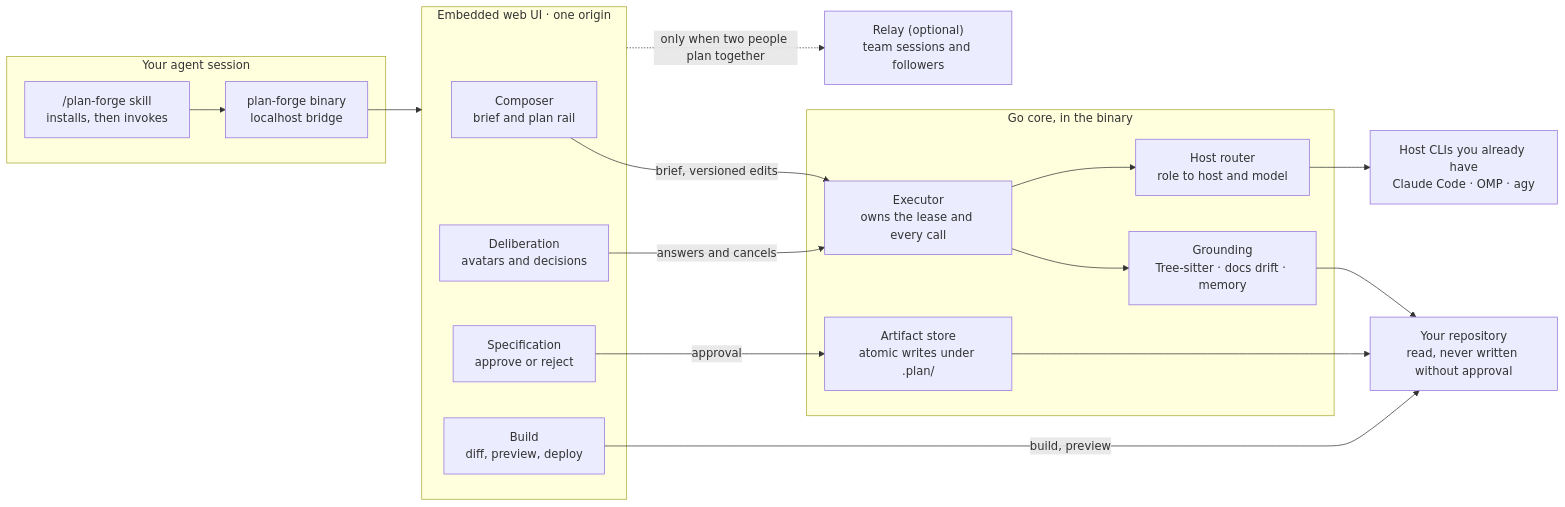
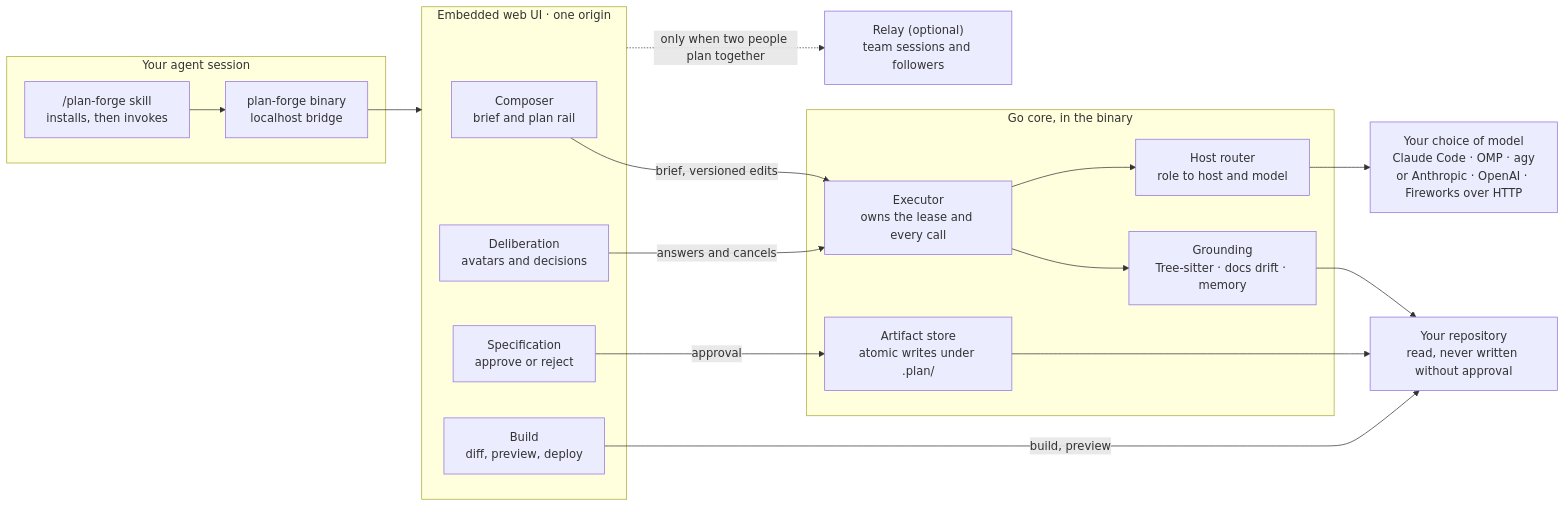
The first of 2 diagrams in README.md (danielckv/agentic-plan-forge), drawn with Mermaid before and after one commit. The commit also changed other lines of this file and 13 other files, not shown here.

````diff
--- a/README.md
+++ b/README.md
@@ -33,38 +41,38 @@
 ```mermaid
 flowchart LR
     subgraph host["Your agent session"]
         SKILL["/plan-forge skill<br/>installs, then invokes"]
         CLI["plan-forge binary<br/>localhost bridge"]
     end
 
     subgraph app["Embedded web UI · one origin"]
         P1["Composer<br/>brief and plan rail"]
         P2["Deliberation<br/>avatars and decisions"]
         P3["Specification<br/>approve or reject"]
         P4["Build<br/>diff, preview, deploy"]
     end
 
     subgraph core["Go core, in the binary"]
         GROUND["Grounding<br/>Tree-sitter · docs drift · memory"]
         EXEC["Executor<br/>owns the lease and every call"]
         ROUTER["Host router<br/>role to host and model"]
         STORE["Artifact store<br/>atomic writes under .plan/"]
     end
 
-    HOSTS["Host CLIs you already have<br/>Claude Code · OMP · agy"]
+    HOSTS["Your choice of model<br/>Claude Code · OMP · agy<br/>or Anthropic · OpenAI · Fireworks over HTTP"]
     RELAY["Relay (optional)<br/>team sessions and followers"]
     REPO["Your repository<br/>read, never written without approval"]
 
     SKILL --> CLI
     CLI --> app
     P1 -->|"brief, versioned edits"| EXEC
     P2 -->|"answers and cancels"| EXEC
     P3 -->|"approval"| STORE
     P4 -->|"build, preview"| REPO
     EXEC --> GROUND
     EXEC --> ROUTER
     ROUTER --> HOSTS
     GROUND --> REPO
     STORE --> REPO
     app -.->|"only when two people plan together"| RELAY
 ```
````
